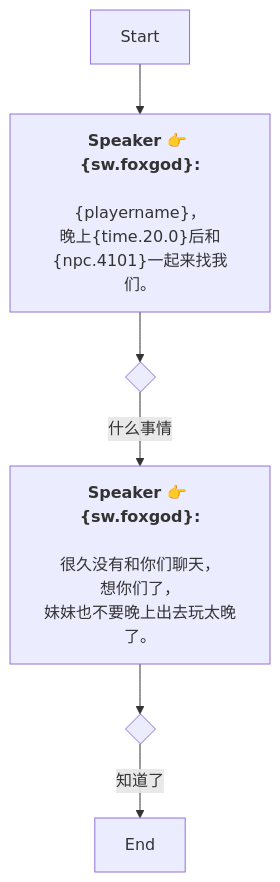
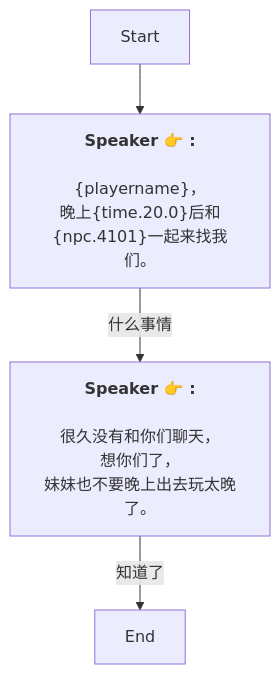
The diagram in Zh/QuestStartTalkENode_1752071614967192.md (SoftHu/tos_avg), drawn with Mermaid before and after one commit. The commit also changed 737 other files, not shown here.

````diff
--- a/Zh/QuestStartTalkENode_1752071614967192.md
+++ b/Zh/QuestStartTalkENode_1752071614967192.md
@@ -1,16 +1,12 @@
 ```mermaid
 graph
-Start -->1752071650396571[<b>Speaker 👉 &lbrace;sw.foxgod&rbrace;:</b>
-
-&lbrace;playername&rbrace;，
+Start -->1752071650396571[<b>Speaker 👉 :</b>
+\n&lbrace;playername&rbrace;，
 晚上&lbrace;time.20.0&rbrace;后和&lbrace;npc.4101&rbrace;一起来找我们。]
-1752071650396571 -->1752071875659164{ }
-1752071875659164 -->|什么事情|1752071892001183[<b>Speaker 👉 &lbrace;sw.foxgod&rbrace;:</b>
-
-很久没有和你们聊天，
+1752071650396571 -->|什么事情|1752071892001183[<b>Speaker 👉 :</b>
+\n很久没有和你们聊天，
 想你们了，
 妹妹也不要晚上出去玩太晚了。]
-1752071892001183 -->1752071931245984{ }
-1752071931245984 -->|知道了|1752071937910179[End]
+1752071892001183 -->|知道了|1752071937910179[End]
 
- ```
+```
````
